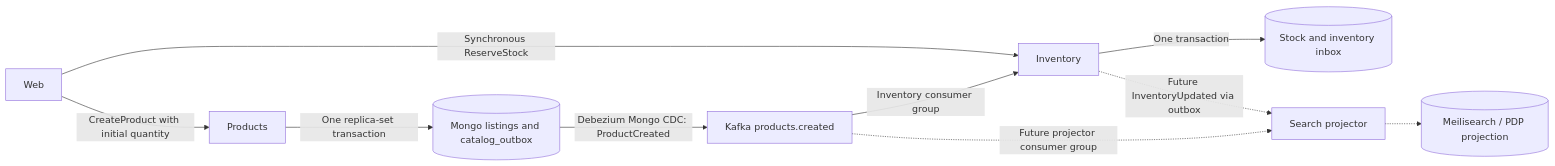
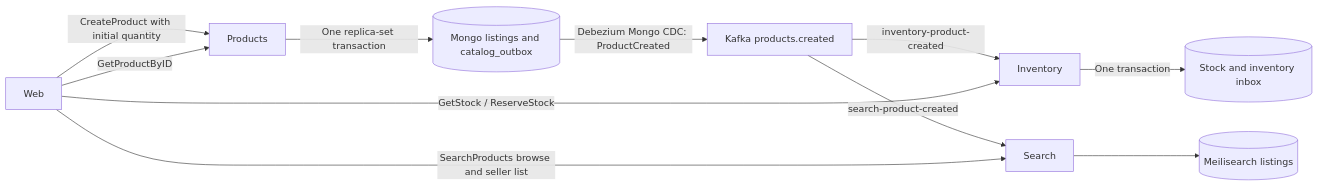
The first of 3 diagrams in docs/catalog-inventory-search.md (phuchoang2603/refurbished-marketplace), drawn with Mermaid before and after one commit. The commit also changed other lines of this file and 2 other files, not shown here.

Commit message:
Document the search read path separately from PDP stock.

````diff
--- a/docs/catalog-inventory-search.md
+++ b/docs/catalog-inventory-search.md
@@ -20,12 +21,13 @@
 ```mermaid
 flowchart LR
   W[Web] -->|CreateProduct with initial quantity| P[Products]
   P -->|One replica-set transaction| C[(Mongo listings and catalog_outbox)]
   C -->|Debezium Mongo CDC: ProductCreated| K[Kafka products.created]
-  K -->|Inventory consumer group| I[Inventory]
+  K -->|inventory-product-created| I[Inventory]
   I -->|One transaction| L[(Stock and inventory inbox)]
-  K -.->|Future projector consumer group| S[Search projector]
-  I -.->|Future InventoryUpdated via outbox| S
-  S -.-> M[(Meilisearch / PDP projection)]
-  W -->|Synchronous ReserveStock| I
+  K -->|search-product-created| S[Search]
+  S --> M[(Meilisearch listings)]
+  W -->|SearchProducts browse and seller list| S
+  W -->|GetProductByID| P
+  W -->|GetStock / ReserveStock| I
 ```
````
